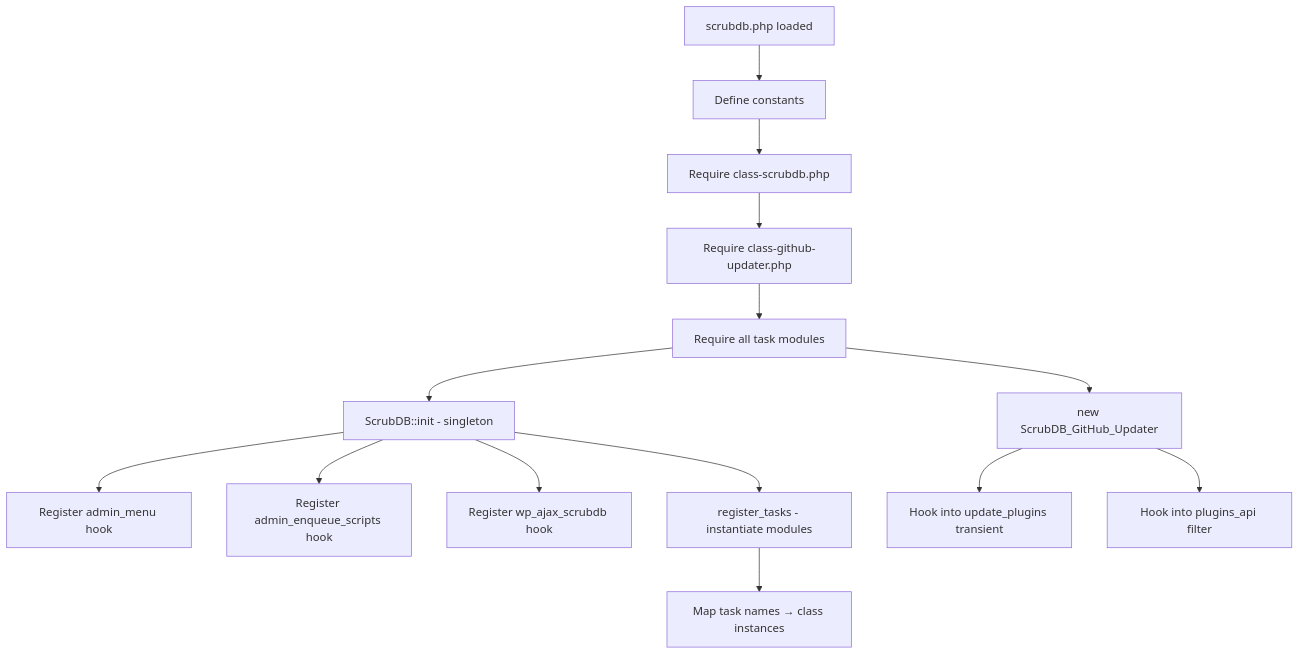
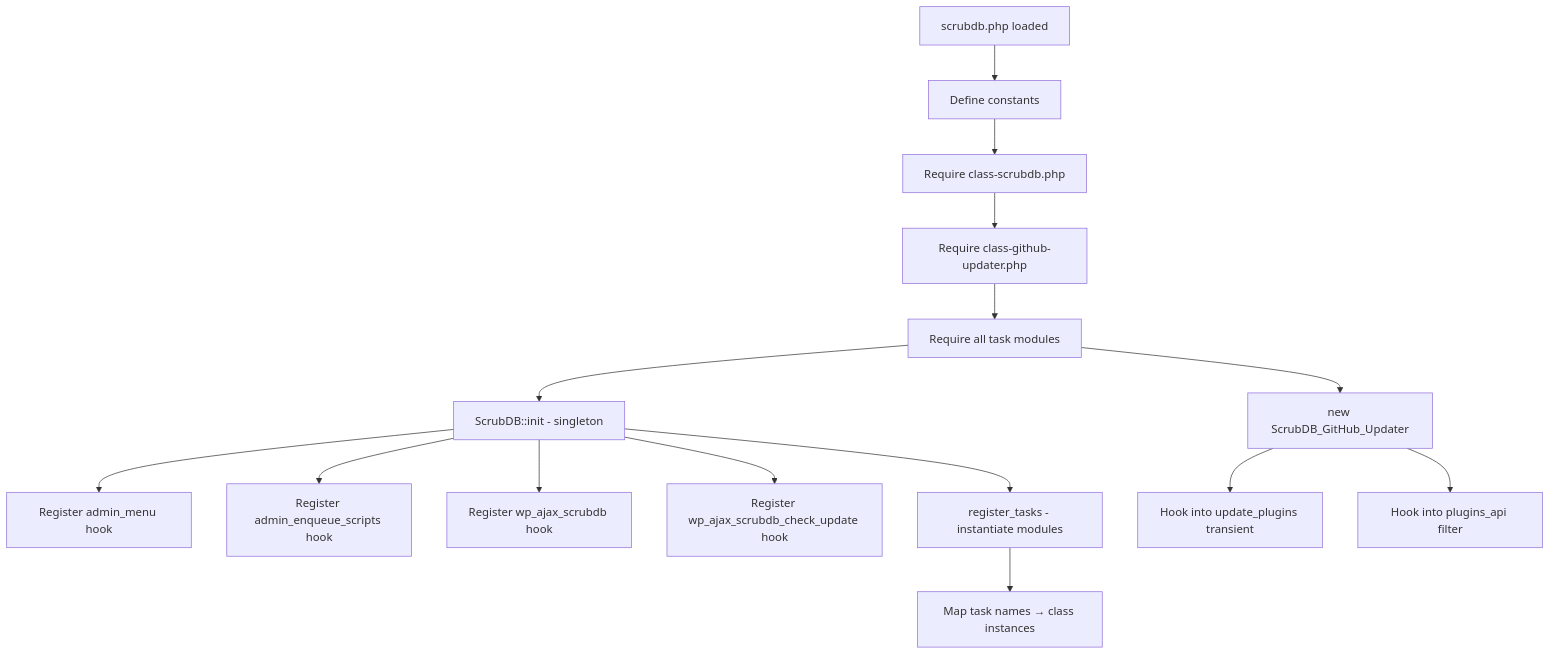
The second of 8 diagrams in docs/architecture.md (ajithrn/scrubdb), drawn with Mermaid before and after one commit. The commit also changed other lines of this file and 4 other files, not shown here.

````diff
--- a/docs/architecture.md
+++ b/docs/architecture.md
@@ -54,16 +54,17 @@
 ```mermaid
 flowchart TD
     A[scrubdb.php loaded] --> B[Define constants]
     B --> C[Require class-scrubdb.php]
     C --> D[Require class-github-updater.php]
     D --> E[Require all task modules]
     E --> F[ScrubDB::init - singleton]
     F --> G[Register admin_menu hook]
     F --> H[Register admin_enqueue_scripts hook]
     F --> I[Register wp_ajax_scrubdb hook]
+    F --> I2[Register wp_ajax_scrubdb_check_update hook]
     F --> J[register_tasks - instantiate modules]
     J --> K[Map task names → class instances]
     E --> L[new ScrubDB_GitHub_Updater]
     L --> M[Hook into update_plugins transient]
     L --> N[Hook into plugins_api filter]
 ```
````
